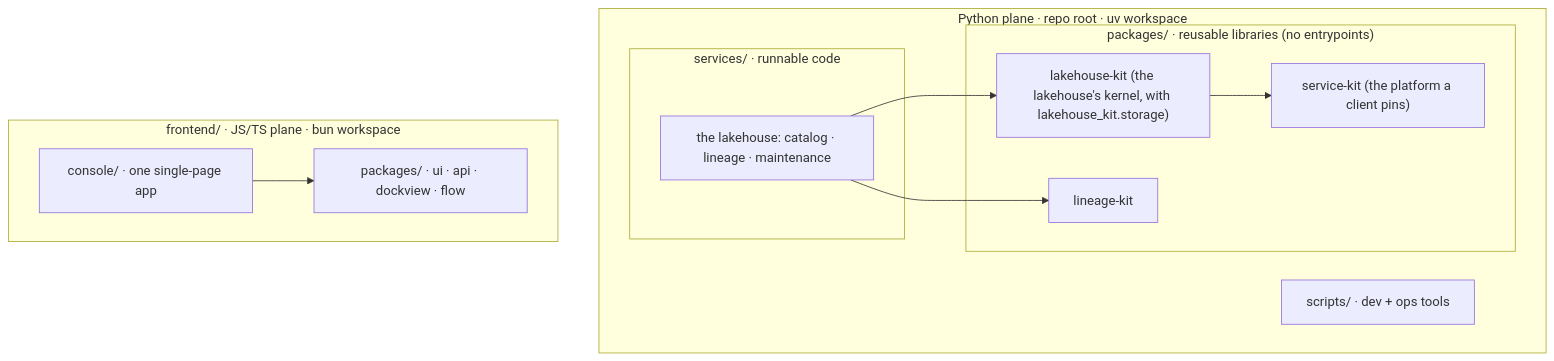
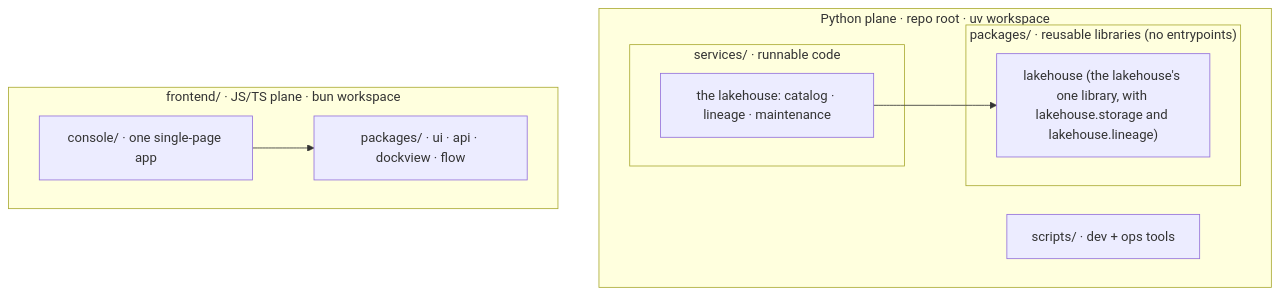
One commit to AI-Riksarkivet/rask changed the diagram in docs/architecture/layout.md. Above: the diagram before and after it, drawn with Mermaid. The commit also changed other lines of this file and 919 other files, not shown here.

````diff
--- a/docs/architecture/layout.md
+++ b/docs/architecture/layout.md
@@ -12,22 +12,18 @@
 ```mermaid
 flowchart TD
     subgraph py["Python plane · repo root · uv workspace"]
         subgraph services["services/ · runnable code"]
             lake["the lakehouse: catalog · lineage · maintenance"]
         end
         subgraph packages["packages/ · reusable libraries (no entrypoints)"]
-            psk["service-kit (the platform a client pins)"]
-            phk["lakehouse-kit (the lakehouse's kernel, with lakehouse_kit.storage)"]
-            plk["lineage-kit"]
+            plh["lakehouse (the lakehouse's one library, with lakehouse.storage and lakehouse.lineage)"]
         end
         cx["scripts/ · dev + ops tools"]
     end
     subgraph js["frontend/ · JS/TS plane · bun workspace"]
         app["console/ · one single-page app"]
         fpk["packages/ · ui · api · dockview · flow"]
     end
-    lake --> phk
-    lake --> plk
-    phk --> psk
+    lake --> plh
     app --> fpk
 ```
````
